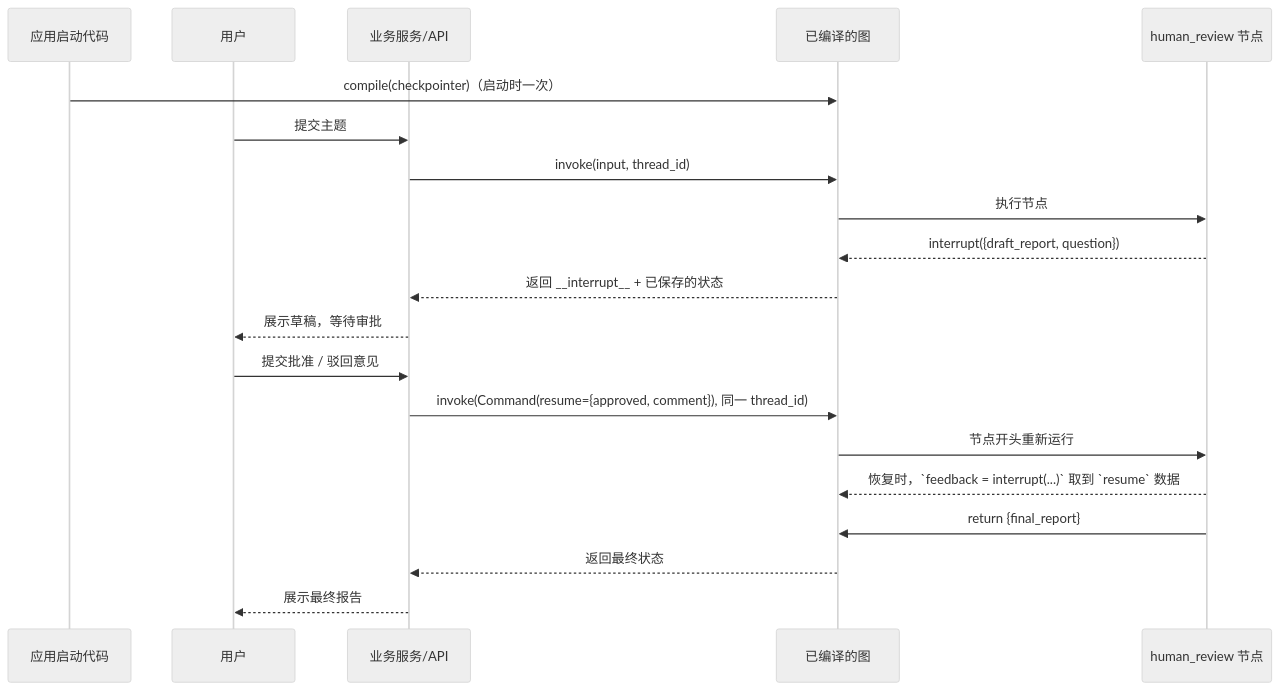
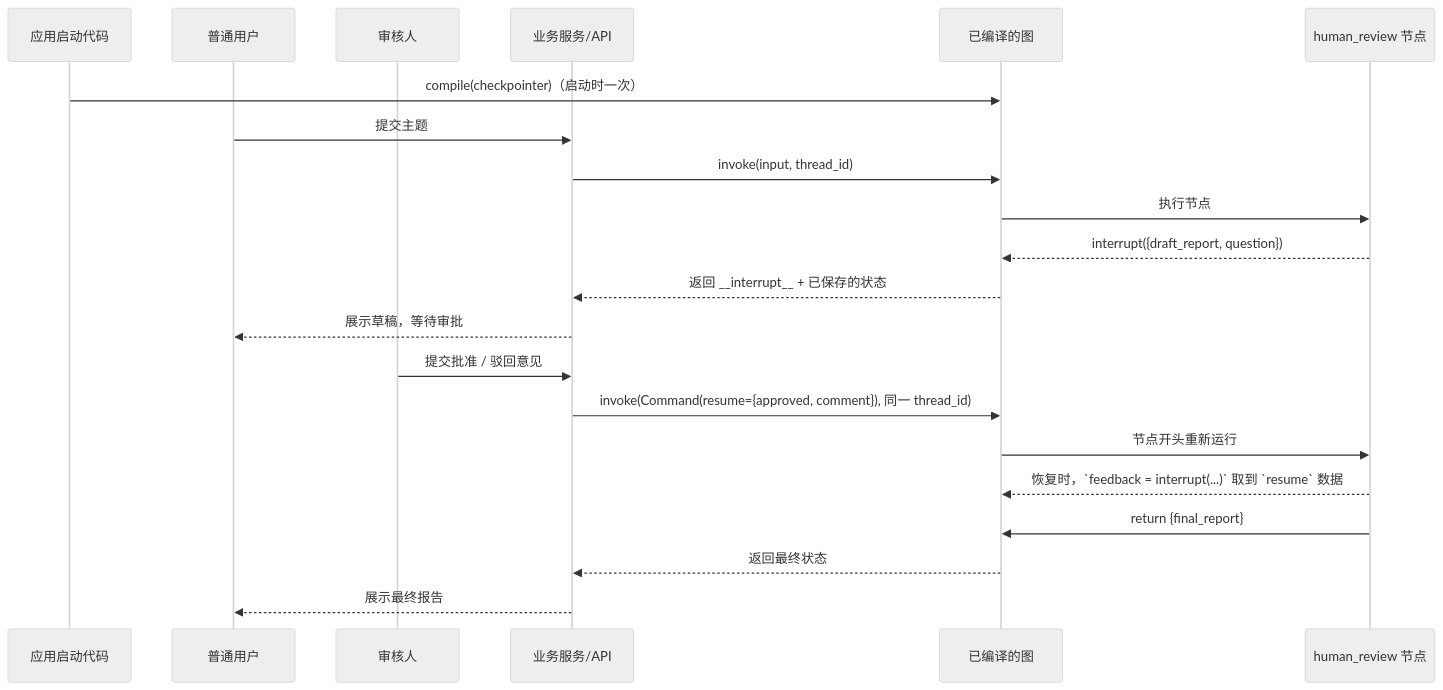
The first of 2 diagrams in ai-agent学习/06.LangGraph入门/11.Human-in-the-loop.md (sealzrt/2026-08--agent), drawn with Mermaid (neutral theme) before and after one commit. The commit also changed other lines of this file, not shown here.

Commit message:
更新

````diff
--- a/ai-agent学习/06.LangGraph入门/11.Human-in-the-loop.md
+++ b/ai-agent学习/06.LangGraph入门/11.Human-in-the-loop.md
@@ -175,23 +177,24 @@
 ```mermaid
 sequenceDiagram
     participant Dev as 应用启动代码
-    participant User as 用户
+    participant U as 普通用户
+    participant R as 审核人
     participant App as 业务服务/API
     participant G as 已编译的图
     participant N as human_review 节点
 
     Dev->>G: compile(checkpointer)（启动时一次）
-    User->>App: 提交主题
+    U->>App: 提交主题
     App->>G: invoke(input, thread_id)
     G->>N: 执行节点
     N-->>G: interrupt({draft_report, question})
     G-->>App: 返回 __interrupt__ + 已保存的状态
-    App-->>User: 展示草稿，等待审批
-    User->>App: 提交批准 / 驳回意见
+    App-->>U: 展示草稿，等待审批
+    R->>App: 提交批准 / 驳回意见
     App->>G: invoke(Command(resume={approved, comment}), 同一 thread_id)
     G->>N: 节点开头重新运行
     N-->>G: 恢复时，`feedback = interrupt(...)` 取到 `resume` 数据
     N->>G: return {final_report}
     G-->>App: 返回最终状态
-    App-->>User: 展示最终报告
+    App-->>U: 展示最终报告
 ```
````
